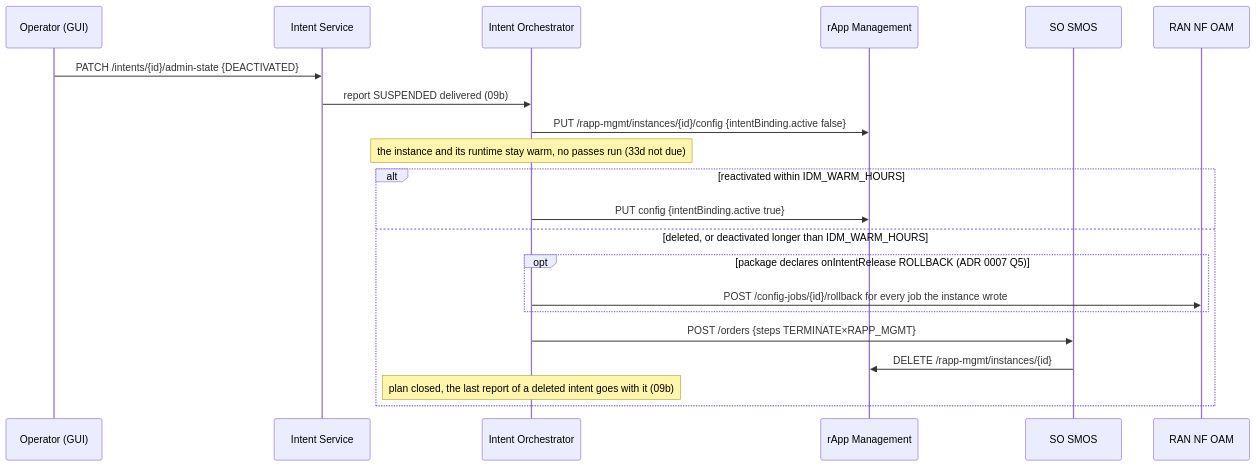
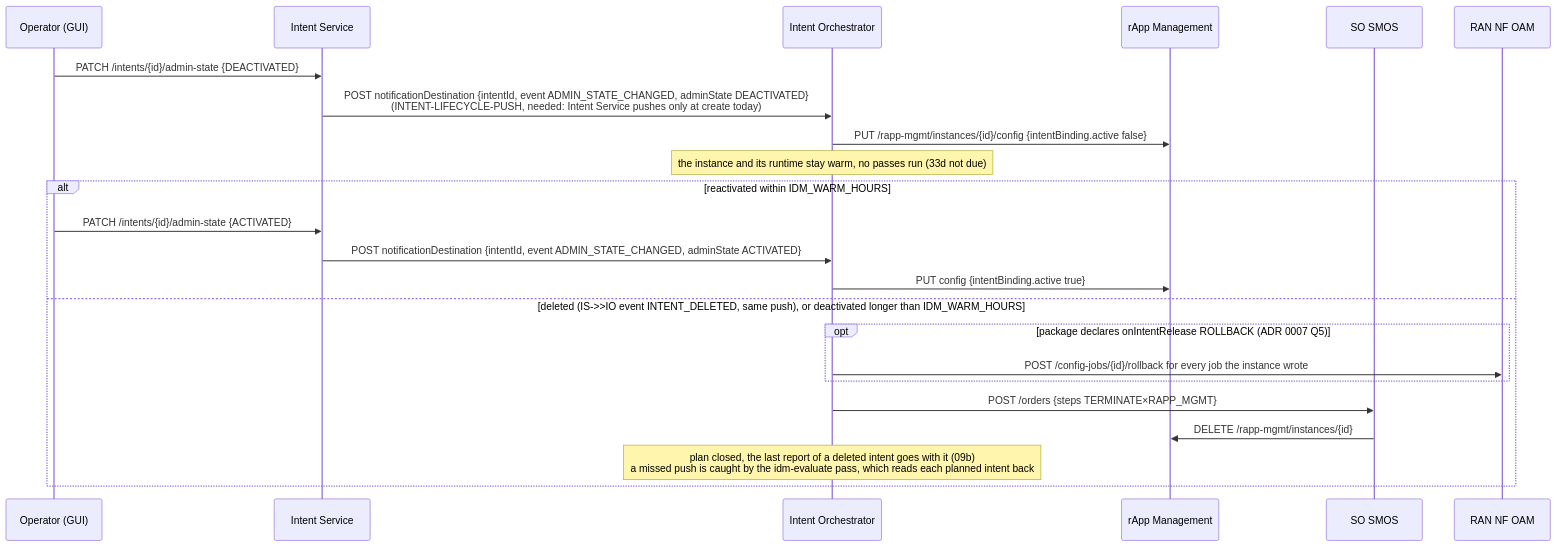
Before and after one commit to rsys-bshankar/ai-ran-smo: the seventh of 7 diagrams in smo/docs/call-flows/33-intent-driven-ai-ran-tier-1.md, drawn with Mermaid. The commit also changed other lines of this file and 4 other files, not shown here.

First line of the commit message:
Docs: ADR 0007 and call flow 33 — admin-state and delete reach the handler; preemption keeps the owner's admin state

````diff
--- a/smo/docs/call-flows/33-intent-driven-ai-ran-tier-1.md
+++ b/smo/docs/call-flows/33-intent-driven-ai-ran-tier-1.md
@@ -258,24 +259,26 @@
 ```mermaid
 sequenceDiagram
     participant OP as Operator (GUI)
     participant IS as Intent Service
     participant IO as Intent Orchestrator
     participant RM as rApp Management
     participant SO as SO SMOS
     participant OAM as RAN NF OAM
 
     OP->>IS: PATCH /intents/{id}/admin-state {DEACTIVATED}
-    IS->>IO: report SUSPENDED delivered (09b)
+    IS->>IO: POST notificationDestination {intentId, event ADMIN_STATE_CHANGED, adminState DEACTIVATED}<br/>(INTENT-LIFECYCLE-PUSH, needed: Intent Service pushes only at create today)
     IO->>RM: PUT /rapp-mgmt/instances/{id}/config {intentBinding.active false}
     Note over IO: the instance and its runtime stay warm, no passes run (33d not due)
     alt reactivated within IDM_WARM_HOURS
+        OP->>IS: PATCH /intents/{id}/admin-state {ACTIVATED}
+        IS->>IO: POST notificationDestination {intentId, event ADMIN_STATE_CHANGED, adminState ACTIVATED}
         IO->>RM: PUT config {intentBinding.active true}
-    else deleted, or deactivated longer than IDM_WARM_HOURS
+    else deleted (IS->>IO event INTENT_DELETED, same push), or deactivated longer than IDM_WARM_HOURS
         opt package declares onIntentRelease ROLLBACK (ADR 0007 Q5)
             IO->>OAM: POST /config-jobs/{id}/rollback for every job the instance wrote
         end
         IO->>SO: POST /orders {steps TERMINATE×RAPP_MGMT}
         SO->>RM: DELETE /rapp-mgmt/instances/{id}
-        Note over IO: plan closed, the last report of a deleted intent goes with it (09b)
+        Note over IO: plan closed, the last report of a deleted intent goes with it (09b)<br/>a missed push is caught by the idm-evaluate pass, which reads each planned intent back
     end
 ```
````
